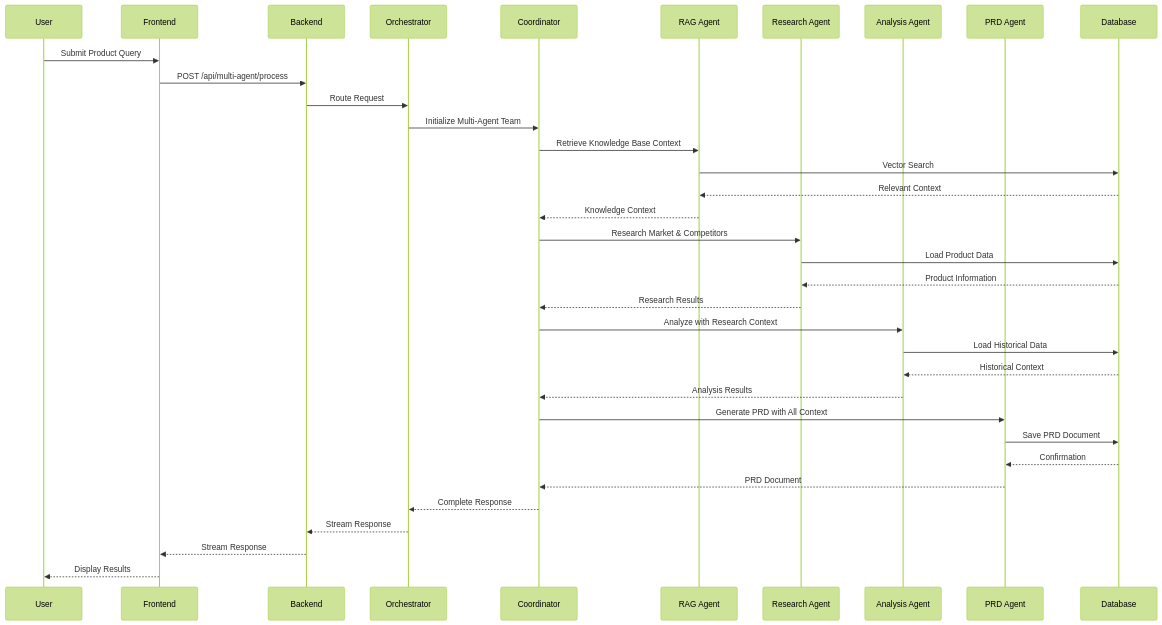
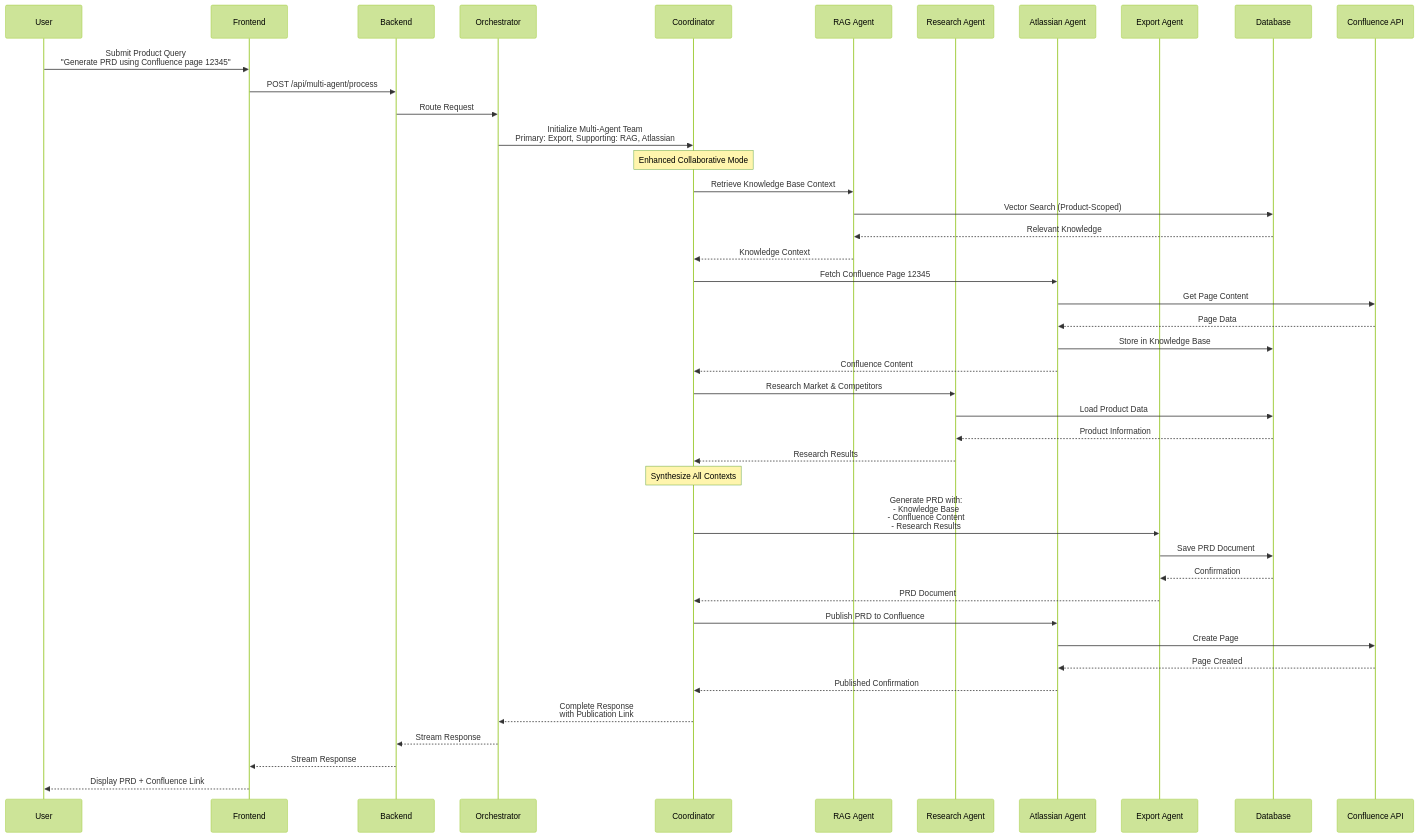
Before and after one commit to soumantrivedi/ideaforge-ai: the fourth of 15 diagrams in docs/architecture/03-complete-application-guide.md, drawn with Mermaid (forest theme). The commit also changed other lines of this file and 5 other files, not shown here.

First line of the commit message:
docs: Update verification checklist and add comprehensive multi-agent orchestration documentation

````diff
--- a/docs/architecture/03-complete-application-guide.md
+++ b/docs/architecture/03-complete-application-guide.md
@@ -238,43 +252,54 @@
 ```mermaid
 sequenceDiagram
     participant User
     participant Frontend
     participant Backend
     participant Orchestrator
     participant Coordinator
     participant RAG as RAG Agent
     participant Research as Research Agent
-    participant Analysis as Analysis Agent
-    participant PRD as PRD Agent
+    participant Atlassian as Atlassian Agent
+    participant Export as Export Agent
     participant Database
+    participant Confluence as Confluence API
 
-    User->>Frontend: Submit Product Query
+    User->>Frontend: Submit Product Query<br/>"Generate PRD using Confluence page 12345"
     Frontend->>Backend: POST /api/multi-agent/process
     Backend->>Orchestrator: Route Request
-    Orchestrator->>Coordinator: Initialize Multi-Agent Team
+    Orchestrator->>Coordinator: Initialize Multi-Agent Team<br/>Primary: Export, Supporting: RAG, Atlassian
+    
+    Note over Coordinator: Enhanced Collaborative Mode
     
     Coordinator->>RAG: Retrieve Knowledge Base Context
-    RAG->>Database: Vector Search
-    Database-->>RAG: Relevant Context
+    RAG->>Database: Vector Search (Product-Scoped)
+    Database-->>RAG: Relevant Knowledge
     RAG-->>Coordinator: Knowledge Context
+    
+    Coordinator->>Atlassian: Fetch Confluence Page 12345
+    Atlassian->>Confluence: Get Page Content
+    Confluence-->>Atlassian: Page Data
+    Atlassian->>Database: Store in Knowledge Base
+    Atlassian-->>Coordinator: Confluence Content
     
     Coordinator->>Research: Research Market & Competitors
     Research->>Database: Load Product Data
     Database-->>Research: Product Information
     Research-->>Coordinator: Research Results
     
-    Coordinator->>Analysis: Analyze with Research Context
-    Analysis->>Database: Load Historical Data
-    Database-->>Analysis: Historical Context
-    Analysis-->>Coordinator: Analysis Results
+    Note over Coordinator: Synthesize All Contexts
     
-    Coordinator->>PRD: Generate PRD with All Context
-    PRD->>Database: Save PRD Document
-    Database-->>PRD: Confirmation
-    PRD-->>Coordinator: PRD Document
+    Coordinator->>Export: Generate PRD with:<br/>- Knowledge Base<br/>- Confluence Content<br/>- Research Results
+    Export->>Database: Save PRD Document
+    Database-->>Export: Confirmation
+    Export-->>Coordinator: PRD Document
     
-    Coordinator-->>Orchestrator: Complete Response
+    Coordinator->>Atlassian: Publish PRD to Confluence
+    Atlassian->>Confluence: Create Page
+    Confluence-->>Atlassian: Page Created
+    Atlassian-->>Coordinator: Published Confirmation
+    
+    Coordinator-->>Orchestrator: Complete Response<br/>with Publication Link
     Orchestrator-->>Backend: Stream Response
     Backend-->>Frontend: Stream Response
-    Frontend-->>User: Display Results
+    Frontend-->>User: Display PRD + Confluence Link
 ```
````
